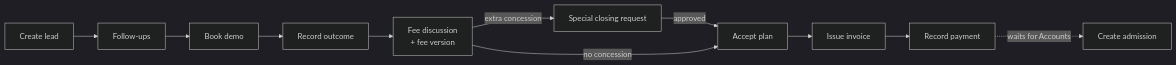
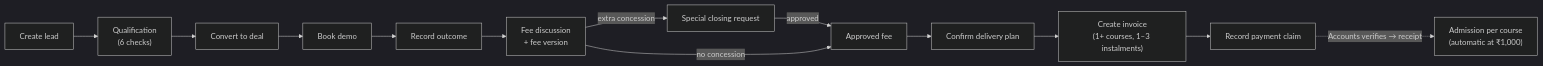
The fifth of 19 diagrams in docs/ROLE_GUIDE.md (misterpk-18/nipunacrm), drawn with Mermaid (dark theme) before and after one commit. The commit also changed other lines of this file and 152 other files, not shown here.

First line of the commit message:
Build V4: pipeline entries, qualify/convert, flexible instalments, delivery plans, multi-course invoices, receipts, and new frontend screens

````diff
--- a/docs/ROLE_GUIDE.md
+++ b/docs/ROLE_GUIDE.md
@@ -158,13 +172,15 @@
 ```mermaid
 flowchart LR
-    A["Create lead"] --> B["Follow-ups"]
-    B --> C["Book demo"]
+    A["Create lead"] --> Q["Qualification<br/>(6 checks)"]
+    Q --> K["Convert to deal"]
+    K --> C["Book demo"]
     C --> D["Record outcome"]
     D --> E["Fee discussion<br/>+ fee version"]
     E -->|"extra concession"| F["Special closing request"]
     F -->|"approved"| G
-    E -->|"no concession"| G["Accept plan"]
-    G --> H["Issue invoice"]
-    H --> I["Record payment"]
-    I -.->|"waits for Accounts"| J["Create admission"]
+    E -->|"no concession"| G["Approved fee"]
+    G --> P["Confirm delivery plan"]
+    P --> H["Create invoice<br/>(1+ courses, 1–3 instalments)"]
+    H --> I["Record payment claim"]
+    I -.->|"Accounts verifies → receipt"| J["Admission per course<br/>(automatic at ₹1,000)"]
 ```
````
